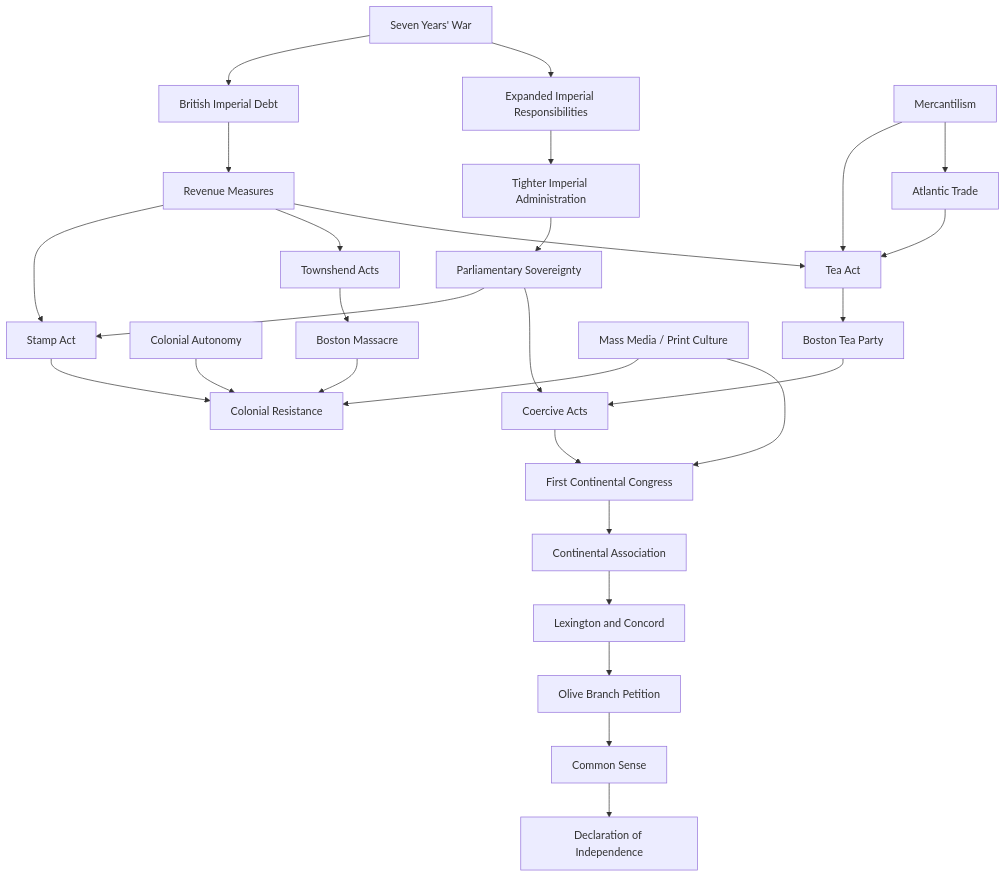
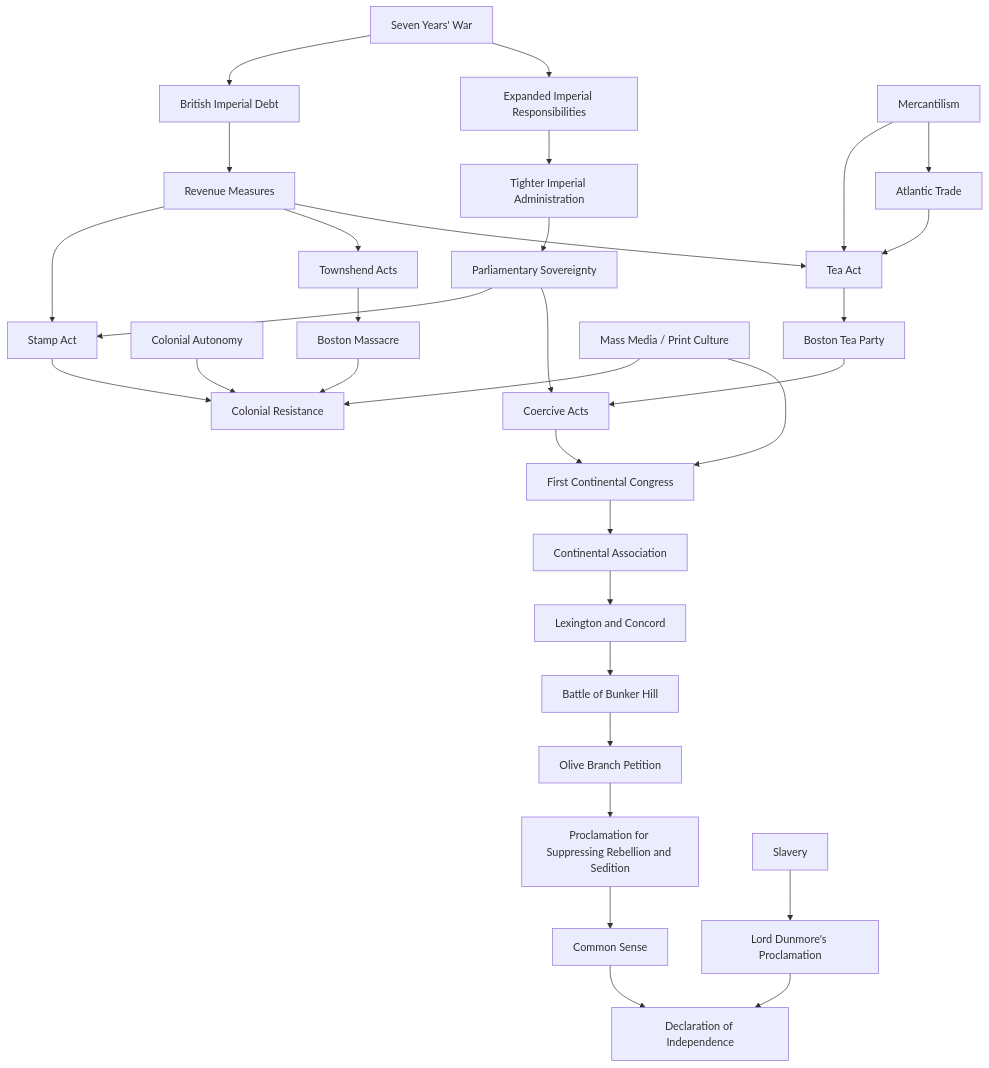
The diagram in 09_Maps_Models/Pressure_Maps/American Revolution Pressure Map.md (mattblethen/Causal-Atlas), drawn with Mermaid before and after one commit. The commit also changed 35 other files, not shown here.

````diff
--- a/09_Maps_Models/Pressure_Maps/American Revolution Pressure Map.md
+++ b/09_Maps_Models/Pressure_Maps/American Revolution Pressure Map.md
@@ -15,31 +15,35 @@
 ```mermaid
 flowchart TD
     A["Seven Years' War"] --> B["British Imperial Debt"]
     A --> C["Expanded Imperial Responsibilities"]
     B --> D["Revenue Measures"]
     C --> E["Tighter Imperial Administration"]
     D --> F["Stamp Act"]
     D --> S["Townshend Acts"]
     D --> G["Tea Act"]
     E --> H["Parliamentary Sovereignty"]
     H --> F
     H --> I["Coercive Acts"]
     J["Colonial Autonomy"] --> K["Colonial Resistance"]
     F --> K
     S --> T["Boston Massacre"]
     T --> K
     G --> L["Boston Tea Party"]
     L --> I
     I --> M["First Continental Congress"]
     M --> U["Continental Association"]
     U --> N["Lexington and Concord"]
-    N --> V["Olive Branch Petition"]
-    V --> W["Common Sense"]
+    N --> X["Battle of Bunker Hill"]
+    X --> V["Olive Branch Petition"]
+    V --> Y["Proclamation for Suppressing Rebellion and Sedition"]
+    Y --> W["Common Sense"]
     W --> O["Declaration of Independence"]
+    Z["Slavery"] --> AA["Lord Dunmore's Proclamation"]
+    AA --> O
 
     P["Atlantic Trade"] --> G
     Q["Mercantilism"] --> G
     Q --> P
     R["Mass Media / Print Culture"] --> K
     R --> M
 ```
````
